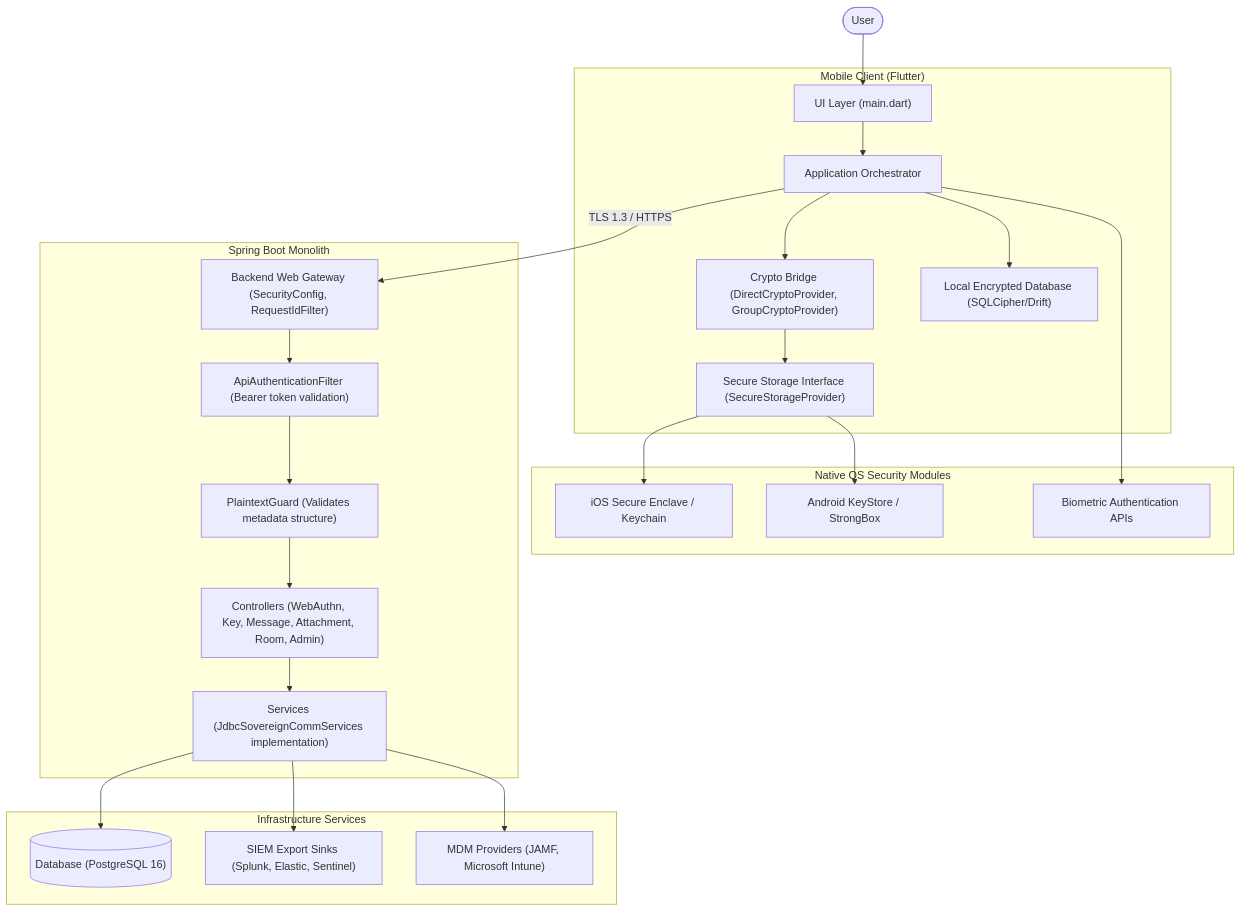
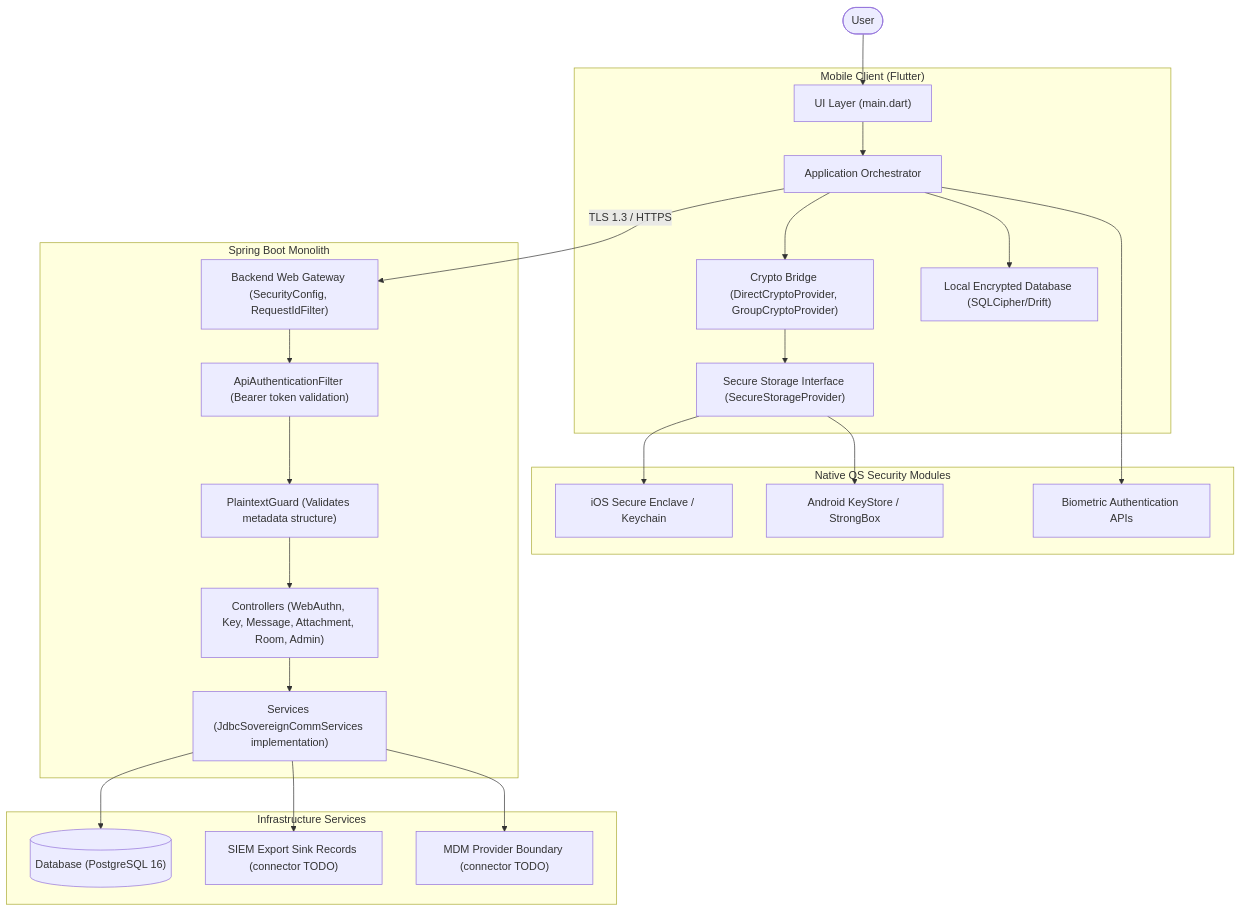
One commit to UsmanovMahmudkhan/Crypta changed the diagram in README.md. Above: the diagram before and after it, drawn with Mermaid. The commit also changed other lines of this file and 21 other files, not shown here.

````diff
--- a/README.md
+++ b/README.md
@@ -34,36 +47,36 @@
 ```mermaid
 flowchart TD
     User([User]) --> UI["UI Layer (main.dart)"]
     
     subgraph ClientApp ["Mobile Client (Flutter)"]
         UI --> AppOrch["Application Orchestrator"]
         AppOrch --> CryptoBridge["Crypto Bridge (DirectCryptoProvider, GroupCryptoProvider)"]
         AppOrch --> LocalDB["Local Encrypted Database (SQLCipher/Drift)"]
         CryptoBridge --> SecureStorage["Secure Storage Interface (SecureStorageProvider)"]
     end
 
     subgraph NativeOS ["Native OS Security Modules"]
         iOSSecureEnclave["iOS Secure Enclave / Keychain"]
         AndroidKeystore["Android KeyStore / StrongBox"]
         BiometricUnlock["Biometric Authentication APIs"]
     end
 
     SecureStorage --> iOSSecureEnclave
     SecureStorage --> AndroidKeystore
     AppOrch --> BiometricUnlock
 
     AppOrch -- "TLS 1.3 / HTTPS" --> BackendGateway["Backend Web Gateway (SecurityConfig, RequestIdFilter)"]
 
     subgraph Backend ["Spring Boot Monolith"]
         BackendGateway --> AuthFilter["ApiAuthenticationFilter (Bearer token validation)"]
         AuthFilter --> PlaintextGuard["PlaintextGuard (Validates metadata structure)"]
         PlaintextGuard --> Controllers["Controllers (WebAuthn, Key, Message, Attachment, Room, Admin)"]
         Controllers --> Services["Services (JdbcSovereignCommServices implementation)"]
     end
 
     subgraph Infrastructure ["Infrastructure Services"]
         Services --> DB[("Database (PostgreSQL 16)")]
-        Services --> SIEM["SIEM Export Sinks (Splunk, Elastic, Sentinel)"]
-        Services --> MDM["MDM Providers (JAMF, Microsoft Intune)"]
+        Services --> SIEM["SIEM Export Sink Records (connector TODO)"]
+        Services --> MDM["MDM Provider Boundary (connector TODO)"]
     end
 ```
````
